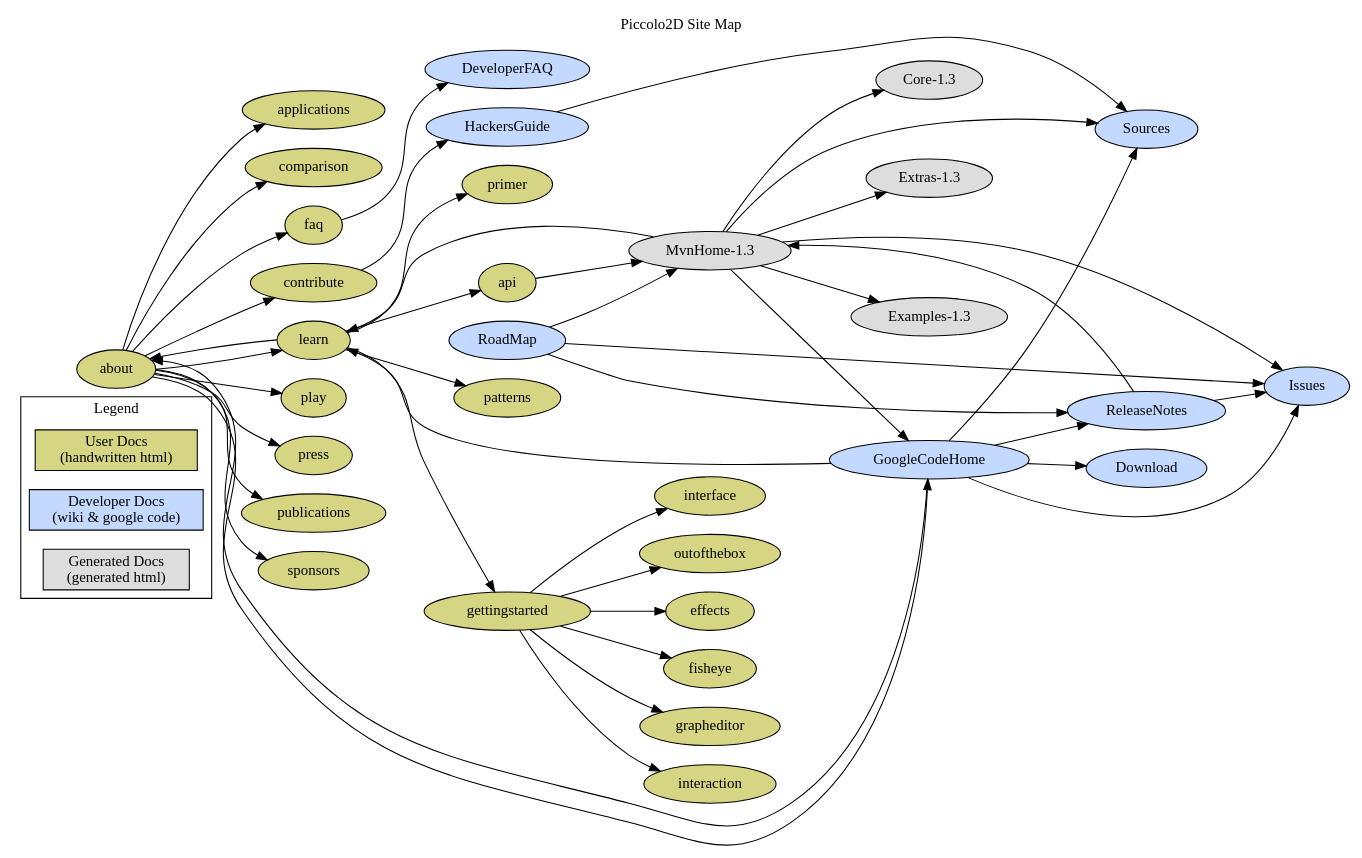
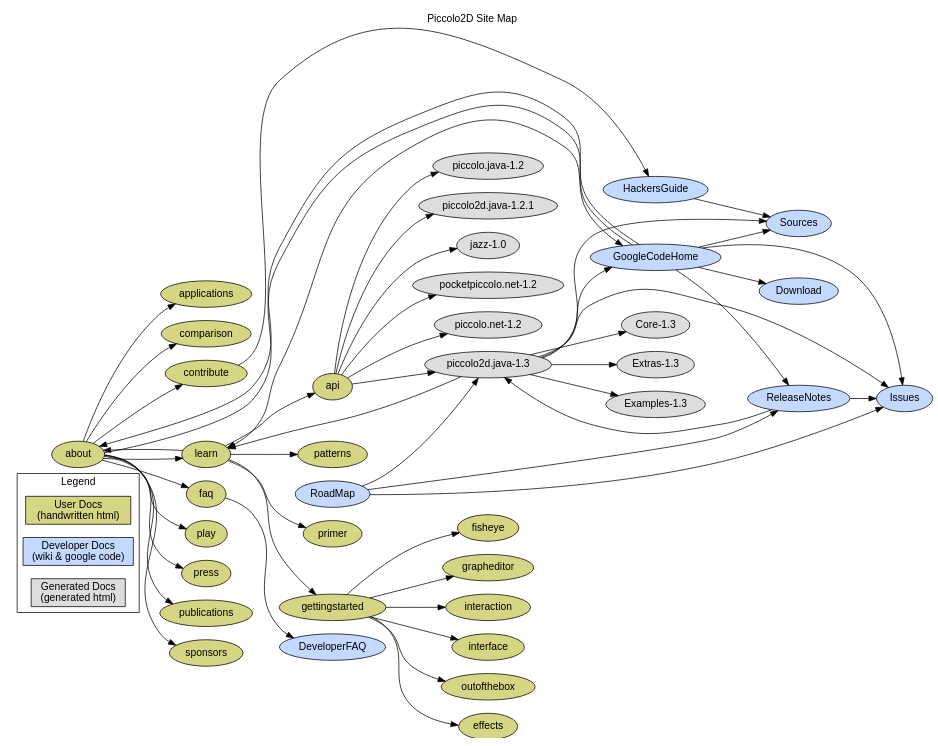
Before and after one commit to google-code-export/piccolo2d: the diagram in site/sitemap.dot, drawn with Graphviz. The commit also changed 1 other file, not shown here.

Commit message:
issue#42 site topology++

```diff
--- a/site/sitemap.dot
+++ b/site/sitemap.dot
@@ -1,118 +1,132 @@
 #!/usr/bin/dot -Tsvg -o sitemap.svg
 /*
 
 render: $ dot -Tsvg -o sitemap.svg sitemap.dot
 
     $Id$
 
 	See http://www.graphviz.org/Documentation.php
 	http://www.iua.upf.es/~dgarcia/Codders/DotUmlUseCases.html
 */
 digraph "Piccolo2D Site Map" {
-	rankdir=LR;
-	label="Piccolo2D Site Map";
-	labelloc=t;
-	node [style=filled,fillcolor="#d6d583"] /* default color: umd website */
+graph [	rankdir=LR,
+	fontname = "sans-serif",
+	label="Piccolo2D Site Map",
+	labelloc=t,
+	size = "12,12" ];
+node [	style=filled,
+	fontname = "sans-serif" ];
 
 /* legend */
 subgraph cluster_0 {
 label="Legend";
-"User Docs\n(handwritten html)" [shape=box];
-"Developer Docs\n(wiki & google code)" [fillcolor="#c3d9ff",shape=box];
-"Generated Docs\n(generated html)" [fillcolor="#dddddd",shape=box];
+node [shape=box,group="legend"];
+"User Docs\n(handwritten html)" [fillcolor="#d6d583"];
+"Developer Docs\n(wiki & google code)" [fillcolor="#c3d9ff"];
+"Generated Docs\n(generated html)" [fillcolor="#dddddd"];
 }
 
-/* html * /
-subgraph cluster_1 {
-label="Static Html (handwritten)"; */
+node [shape=ellipse,target="_blank"];
+
+/* html */
+node [fillcolor="#d6d583",group="www"];
+
 about [URL="http://www.cs.umd.edu/hcil/piccolo/learn/about.shtml"];
 api [URL="http://www.cs.umd.edu/hcil/jazz/learn/api.shtml"];
 applications [URL="http://www.cs.umd.edu/hcil/jazz/applications/index.shtml"];
 comparison [URL="http://www.cs.umd.edu/hcil/jazz/learn/comparison.shtml"];
 contribute [URL="http://www.cs.umd.edu/hcil/jazz/contribute/index.shtml"];
 effects [URL="http://www.cs.umd.edu/hcil/piccolo/learn/effects.shtml"];
 faq [URL="http://www.cs.umd.edu/hcil/jazz/learn/dev-faq.shtml"];
 fisheye [URL="http://www.cs.umd.edu/hcil/piccolo/learn/fisheye.shtml"];
 gettingstarted [URL="http://www.cs.umd.edu/hcil/piccolo/learn/get-started.shtml"];
 grapheditor [URL="http://www.cs.umd.edu/hcil/piccolo/learn/grapheditor.shtml"];
 interaction [URL="http://www.cs.umd.edu/hcil/piccolo/learn/interaction.shtml"];
 interface [URL="http://www.cs.umd.edu/hcil/piccolo/learn/interface.shtml"];
 learn [URL="http://www.cs.umd.edu/hcil/jazz/learn/index.shtml"];
 outofthebox [URL="http://www.cs.umd.edu/hcil/piccolo/learn/out-of-box-java.shtml"];
 play [URL="http://www.cs.umd.edu/hcil/jazz/play/index.shtml"];
 press [URL="http://www.cs.umd.edu/hcil/jazz/press/index.shtml"];
 publications [URL="http://www.cs.umd.edu/hcil/jazz/learn/publications.shtml"];
 sponsors [URL="http://www.cs.umd.edu/hcil/jazz/team/sponsors.shtml"];
 patterns [URL="http://www.cs.umd.edu/hcil/jazz/learn/patterns.shtml"];
 primer [URL="http://www.cs.umd.edu/hcil/jazz/learn/graphics.shtml"];
-/*}*/
 
-/* wiki * /
-subgraph cluster_2 {
-label="Wiki & Google Code"; */
-DeveloperFAQ [fillcolor="#c3d9ff",URL="http://code.google.com/p/piccolo2d/wiki/DeveloperFAQ"];
-Download [fillcolor="#c3d9ff",URL="http://code.google.com/p/piccolo2d/downloads/list"];
-GoogleCodeHome [fillcolor="#c3d9ff",URL="http://code.google.com/p/piccolo2d/"];
-HackersGuide [fillcolor="#c3d9ff",URL="http://code.google.com/p/piccolo2d/wiki/HackersGuide"];
-Issues [fillcolor="#c3d9ff",URL="http://code.google.com/p/piccolo2d/issues"];
-ReleaseNotes [fillcolor="#c3d9ff",URL="http://code.google.com/p/piccolo2d/wiki/ReleaseNotes"];
-RoadMap [fillcolor="#c3d9ff",URL="http://code.google.com/p/piccolo2d/wiki/RoadMap"];
-Sources [fillcolor="#c3d9ff",URL="http://code.google.com/p/piccolo2d/wiki/CheckoutInstructions"];
-/*}*/
+/* wiki */
+node [fillcolor="#c3d9ff",group="wiki"];
 
-/* maven * /
-subgraph cluster_3 {
-label="Static Html (generated)";*/
-"MvnHome-1.3" [fillcolor="#dddddd",URL="http://piccolo2d.googlecode.com/svn/site/piccolo2d.java/release-1.3-SNAPSHOT/piccolo2d/index.html"];
-"Core-1.3" [fillcolor="#dddddd",URL="http://piccolo2d.googlecode.com/svn/site/piccolo2d.java/release-1.3-SNAPSHOT/piccolo2d-core/index.html"];
-"Extras-1.3" [fillcolor="#dddddd",URL="http://piccolo2d.googlecode.com/svn/site/piccolo2d.java/release-1.3-SNAPSHOT/piccolo2d-extras/index.html"];
-"Examples-1.3" [fillcolor="#dddddd",URL="http://piccolo2d.googlecode.com/svn/site/piccolo2d.java/release-1.3-SNAPSHOT/piccolo2d-examples/index.html"];
-/*}*/
+DeveloperFAQ [URL="http://code.google.com/p/piccolo2d/wiki/DeveloperFAQ"];
+Download [URL="http://code.google.com/p/piccolo2d/downloads/list"];
+GoogleCodeHome [URL="http://code.google.com/p/piccolo2d/"];
+HackersGuide [URL="http://code.google.com/p/piccolo2d/wiki/HackersGuide"];
+Issues [URL="http://code.google.com/p/piccolo2d/issues"];
+ReleaseNotes [URL="http://code.google.com/p/piccolo2d/wiki/ReleaseNotes"];
+RoadMap [URL="http://code.google.com/p/piccolo2d/wiki/RoadMap"];
+Sources [URL="http://code.google.com/p/piccolo2d/wiki/CheckoutInstructions"];
+
+/* maven */
+node [fillcolor="#dddddd",group="autogen"];
+
+"jazz-1.0" [label="jazz-1.0"];
+"pp2d.net-1.2" [label="pocketpiccolo.net-1.2"];
+"p2d.net-1.2" [label="piccolo.net-1.2"];
+"p2d.java-1.2" [label="piccolo.java-1.2"];
+"p2d.java-1.2.1" [label="piccolo2d.java-1.2.1",URL="http://piccolo2d.googlecode.com/svn/site/piccolo2d.java/release-1.2.1"];
+"p2d.java-1.3" [label="piccolo2d.java-1.3",URL="http://piccolo2d.googlecode.com/svn/site/piccolo2d.java/release-1.3-SNAPSHOT/piccolo2d/index.html"];
+"Core-1.3" [URL="http://piccolo2d.googlecode.com/svn/site/piccolo2d.java/release-1.3-SNAPSHOT/piccolo2d-core/index.html"];
+"Extras-1.3" [URL="http://piccolo2d.googlecode.com/svn/site/piccolo2d.java/release-1.3-SNAPSHOT/piccolo2d-extras/index.html"];
+"Examples-1.3" [URL="http://piccolo2d.googlecode.com/svn/site/piccolo2d.java/release-1.3-SNAPSHOT/piccolo2d-examples/index.html"];
+
 
 GoogleCodeHome -> about;
 GoogleCodeHome -> Download;
 GoogleCodeHome -> Issues;
 GoogleCodeHome -> learn;
 GoogleCodeHome -> ReleaseNotes;
 GoogleCodeHome -> Sources;
 HackersGuide -> Sources;
 ReleaseNotes -> Issues;
-ReleaseNotes -> "MvnHome-1.3";
+ReleaseNotes -> "p2d.java-1.3";
 RoadMap -> Issues;
-RoadMap -> "MvnHome-1.3";
+RoadMap -> "p2d.java-1.3";
 RoadMap -> ReleaseNotes;
 
-"MvnHome-1.3" -> "Core-1.3";
-"MvnHome-1.3" -> "Examples-1.3";
-"MvnHome-1.3" -> "Extras-1.3";
-"MvnHome-1.3" -> GoogleCodeHome;
-"MvnHome-1.3" -> Issues; 
-"MvnHome-1.3" -> learn;
-"MvnHome-1.3" -> Sources; 
+"p2d.java-1.3" -> "Core-1.3";
+"p2d.java-1.3" -> "Examples-1.3";
+"p2d.java-1.3" -> "Extras-1.3";
+"p2d.java-1.3" -> GoogleCodeHome;
+"p2d.java-1.3" -> Issues; 
+"p2d.java-1.3" -> learn;
+"p2d.java-1.3" -> Sources; 
 
 about -> applications;
 about -> comparison;
 about -> contribute;
 about -> faq;
 about -> GoogleCodeHome;
 about -> learn;
 about -> play;
 about -> press;
 about -> publications;
 about -> sponsors;
-api -> "MvnHome-1.3";
+api -> "p2d.java-1.3";
+api -> "p2d.java-1.2.1";
+api -> "p2d.java-1.2";
+api -> "p2d.net-1.2";
+api -> "pp2d.net-1.2";
+api -> "jazz-1.0";
 contribute -> HackersGuide;
 faq -> DeveloperFAQ;
 gettingstarted -> effects;
 gettingstarted -> fisheye;
 gettingstarted -> grapheditor;
 gettingstarted -> interaction;
 gettingstarted -> interface;
 gettingstarted -> outofthebox;
 learn -> about;
 learn -> api;
 learn -> gettingstarted;
 learn -> patterns;
 learn -> primer;
 
 }
```
